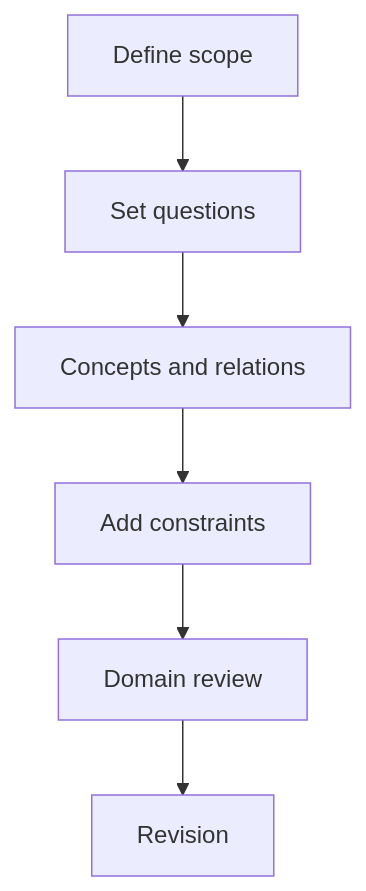
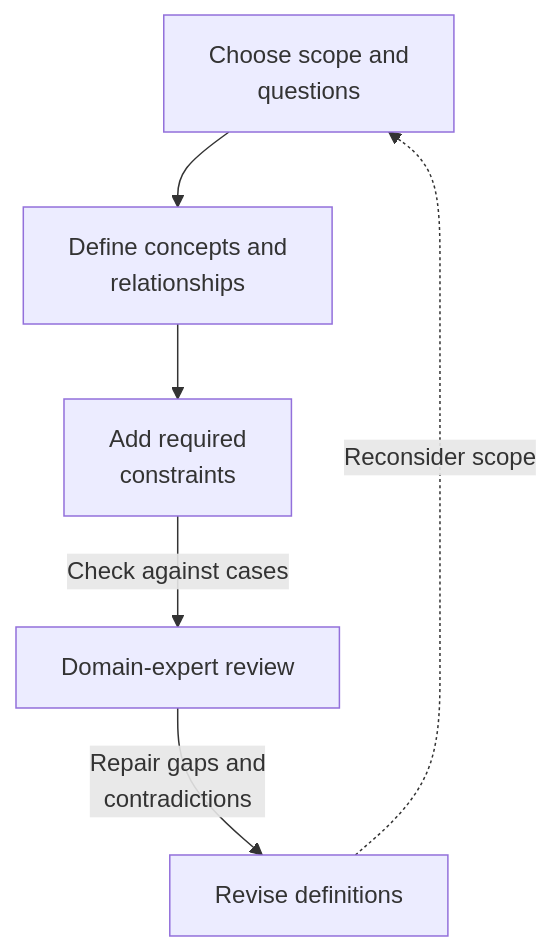
One commit to daylight55/research changed the sixth of 8 diagrams in articles/report/ontology-concept/en/index.mdx. Above: the diagram before and after it, drawn with Mermaid. The commit also changed other lines of this file and 181 other files, not shown here.

First line of the commit message:
全記事の図解368点を再生成し、共通注意書きを削除 (#402)

````diff
--- a/articles/report/ontology-concept/en/index.mdx
+++ b/articles/report/ontology-concept/en/index.mdx
@@ -268,8 +274,15 @@
 ```mermaid
 flowchart TD
-  Scope["Define scope"] --> CQ["Set questions"]
-  CQ --> Model["Concepts and relations"]
-  Model --> Rule["Add constraints"]
-  Rule --> Review["Domain review"]
-  Review --> Iterate["Revision"]
+  accTitle: Design a small ontology around questions it must answer
+  accDescr: Choose scope and questions first, add concepts, relationships and constraints, then revise after domain review.
+  N0["Choose scope and<br/>questions"]
+  N1["Define concepts and<br/>relationships"]
+  N2["Add required<br/>constraints"]
+  N3["Domain-expert review"]
+  N4["Revise definitions"]
+  N0 --> N1
+  N1 --> N2
+  N2 -->|Check against cases| N3
+  N3 -->|Repair gaps and<br/>contradictions| N4
+  N4 -.->|Reconsider scope| N0
 ```
````
